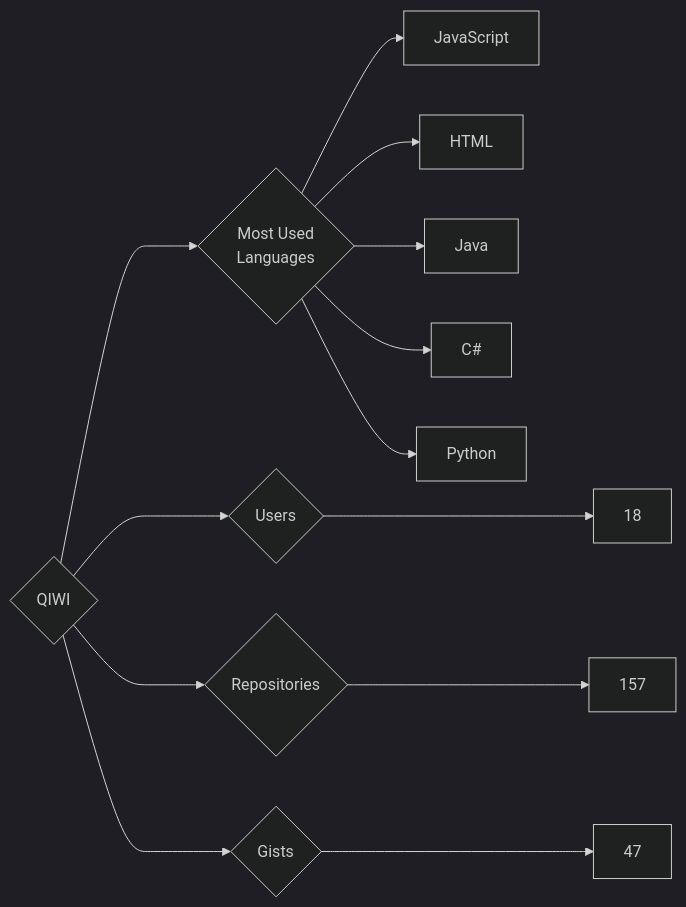
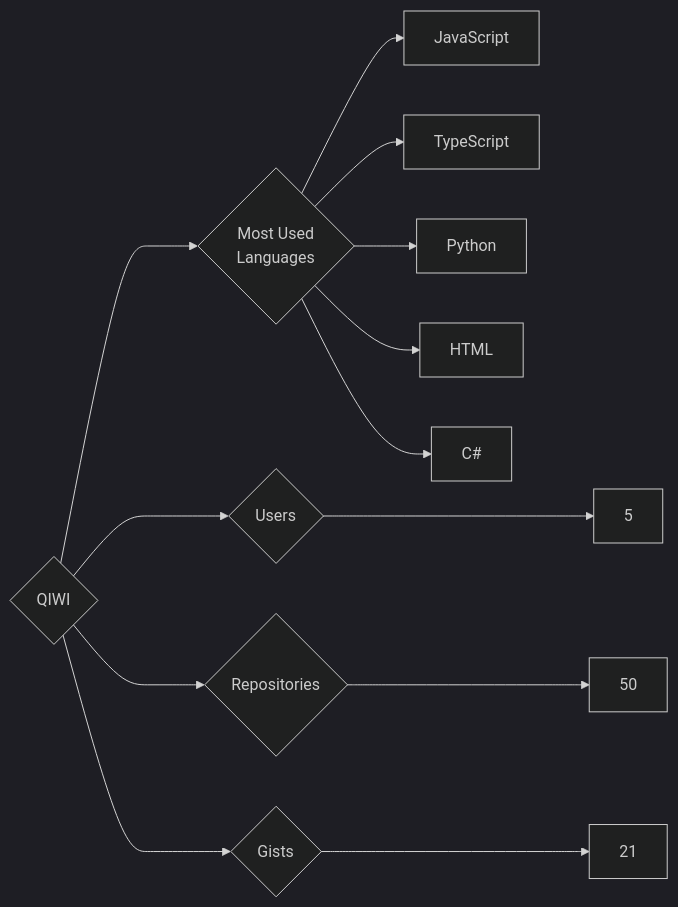
The diagram in targets/QIWI/README.md (trickest/insiders), drawn with Mermaid (dark theme) before and after one commit. The commit also changed 851 other files, not shown here.

````diff
--- a/targets/QIWI/README.md
+++ b/targets/QIWI/README.md
@@ -3,13 +3,13 @@
 ```mermaid
 graph LR
 COMPANY_NAME{QIWI}
-COMPANY_NAME ---> U{Users} ---> UN[18]
-COMPANY_NAME ---> R{Repositories} ---> RN[157]
-COMPANY_NAME ---> G{Gists} ---> GN[47]
+COMPANY_NAME ---> U{Users} ---> UN[5]
+COMPANY_NAME ---> R{Repositories} ---> RN[50]
+COMPANY_NAME ---> G{Gists} ---> GN[21]
 COMPANY_NAME ---> ML{Most Used<br>Languages}
 ML --> JavaScript[JavaScript]
+ML --> TypeScript[TypeScript]
+ML --> Python[Python]
 ML --> HTML[HTML]
-ML --> Java[Java]
 ML --> C#[C#]
-ML --> Python[Python]
 ```
````
